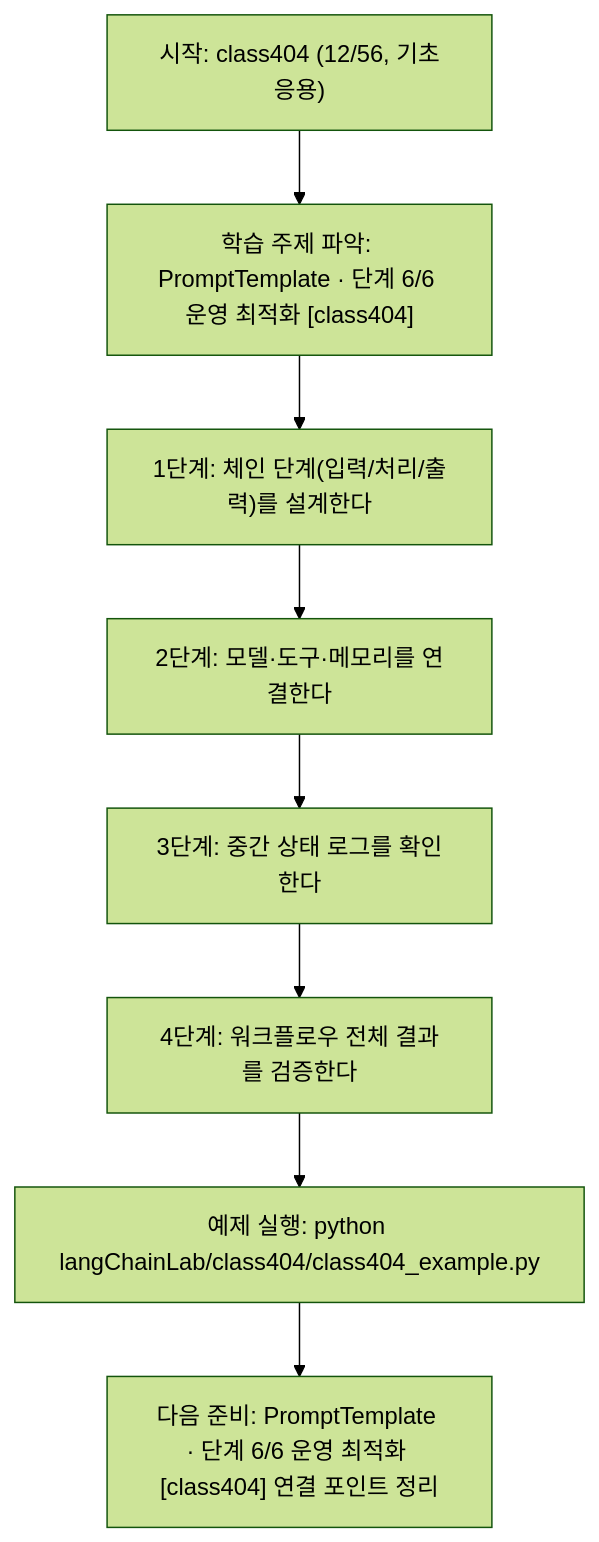
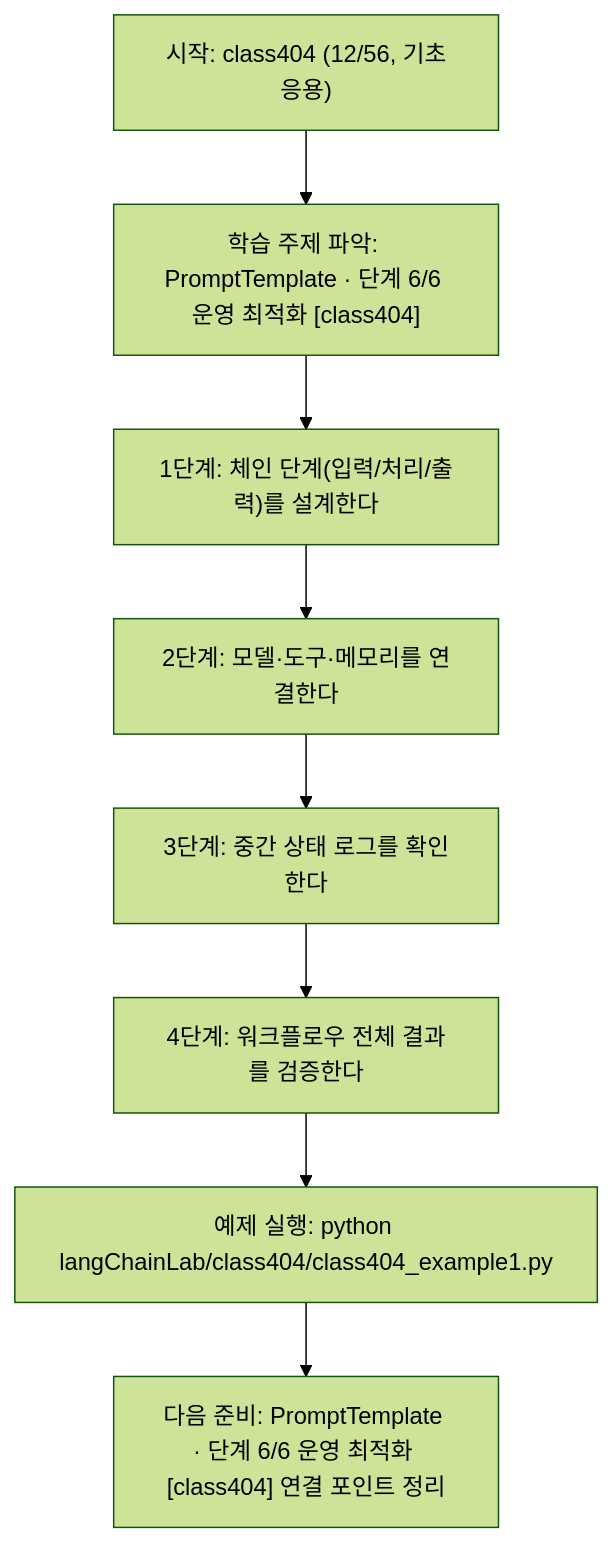
Before and after one commit to edumgt/Python-AI_Agent-Class: the diagram in langChainLab/class404/class404.md, drawn with Mermaid (forest theme). The commit also changed other lines of this file and 2959 other files, not shown here.

````diff
--- a/langChainLab/class404/class404.md
+++ b/langChainLab/class404/class404.md
@@ -108,18 +108,18 @@
 ```mermaid
 flowchart TD
 N1["시작: class404 (12/56, 기초응용)"]
 N2["학습 주제 파악: PromptTemplate · 단계 6/6 운영 최적화 [class404]"]
 N3["1단계: 체인 단계(입력/처리/출력)를 설계한다"]
 N4["2단계: 모델·도구·메모리를 연결한다"]
 N5["3단계: 중간 상태 로그를 확인한다"]
 N6["4단계: 워크플로우 전체 결과를 검증한다"]
-N7["예제 실행: python langChainLab/class404/class404_example.py"]
+N7["예제 실행: python langChainLab/class404/class404_example1.py"]
 N8["다음 준비: PromptTemplate · 단계 6/6 운영 최적화 [class404] 연결 포인트 정리"]
 N1 --> N2
 N2 --> N3
 N3 --> N4
 N4 --> N5
 N5 --> N6
 N6 --> N7
 N7 --> N8
 ```
````
